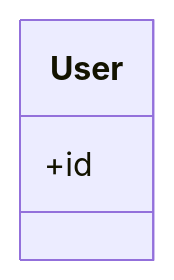
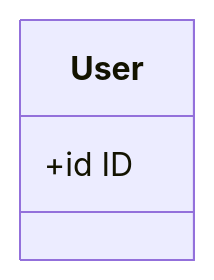
The first of 6 diagrams in _drafts/an-architecture-for-passworless-authentication.markdown (tantalum/tantalum.github.io), drawn with Mermaid before and after one commit. The commit also changed other lines of this file, not shown here.

```diff
--- a/_drafts/an-architecture-for-passworless-authentication.markdown
+++ b/_drafts/an-architecture-for-passworless-authentication.markdown
@@ -83,6 +83,6 @@
 <pre class="mermaid">
 classDiagram
     class User {
-        +id
+        +id ID
     }
 </pre>
```
